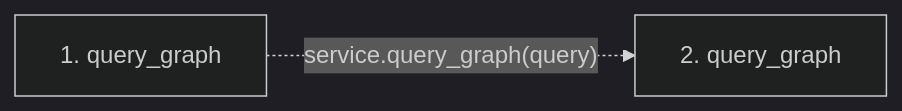
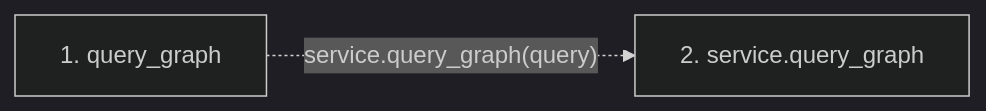
The second of 2 diagrams in docs/llm_wiki/flows/mcp-query_graph.md (Denissvgn/python-wiki-llm), drawn with Mermaid (dark theme) before and after one commit. The commit also changed other lines of this file and 719 other files, not shown here.

````diff
--- a/docs/llm_wiki/flows/mcp-query_graph.md
+++ b/docs/llm_wiki/flows/mcp-query_graph.md
@@ -19,7 +20,7 @@
 ```mermaid
 flowchart LR
     s1["1. query_graph"]
-    s2["2. query_graph"]
+    s2["2. service.query_graph"]
     s1 -. "service.query_graph(query)" .-> s2
     click s1 "../modules/mcp_server.md"
 ```
````
